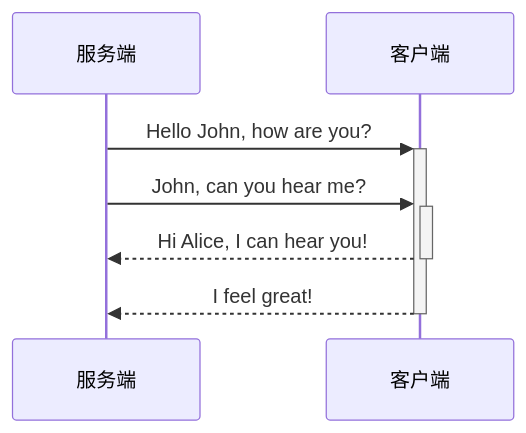
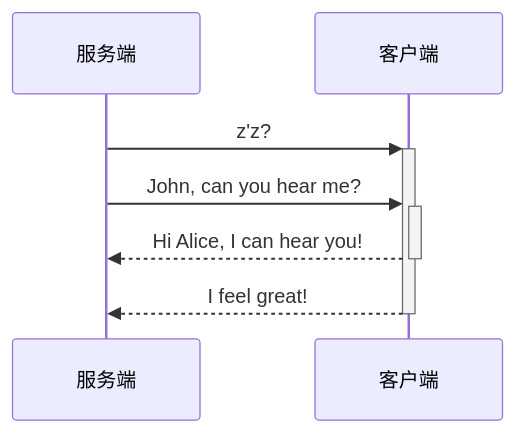
Before and after one commit to HY-10-8/iodraw-files: the diagram in all/未命名-1.md, drawn with Mermaid.

Commit message:
2026-03-24 09:57:51 update

````diff
--- a/all/未命名-1.md
+++ b/all/未命名-1.md
@@ -1,8 +1,8 @@
 ```mermaid
 sequenceDiagram
-    服务端->>+客户端: Hello John, how are you?
+    服务端->>+客户端: z'z?
     服务端->>+客户端: John, can you hear me?
     客户端-->>-服务端: Hi Alice, I can hear you!
     客户端-->>-服务端: I feel great!
             
 ```
````
